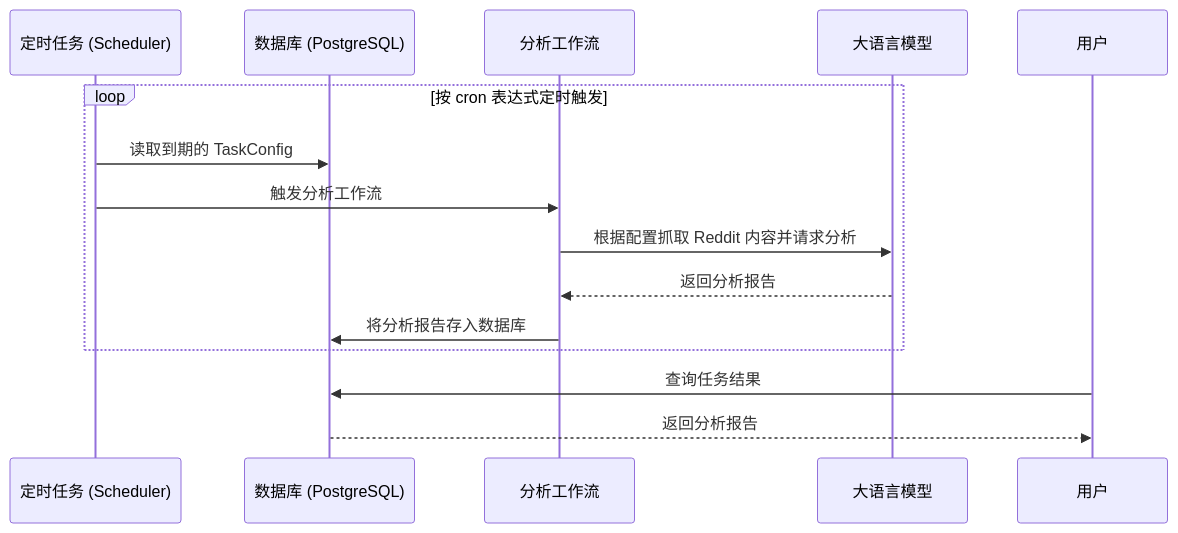
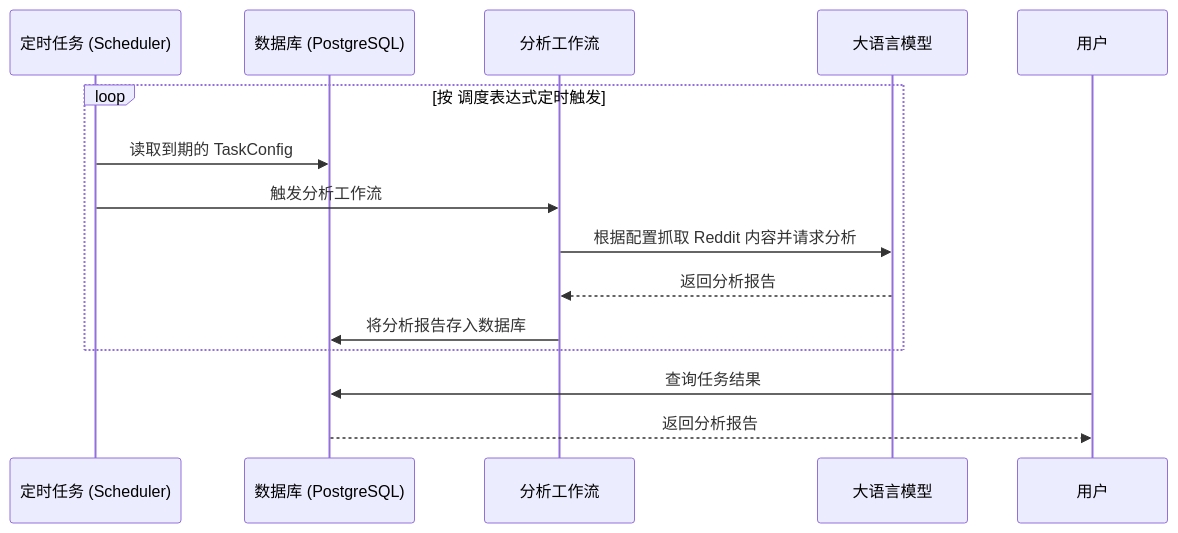
Before and after one commit to JinJieBeWater/redgent: the fourth of 4 diagrams in README.md, drawn with Mermaid. The commit also changed other lines of this file and 43 other files, not shown here.

````diff
--- a/README.md
+++ b/README.md
@@ -170,19 +145,19 @@
 ```mermaid
 sequenceDiagram
     participant SCH as 定时任务 (Scheduler)
     participant DB as 数据库 (PostgreSQL)
     participant WF as 分析工作流
     participant LLM as 大语言模型
     participant U as 用户
 
-    loop 按 cron 表达式定时触发
+    loop 按 调度表达式定时触发
         SCH->>DB: 读取到期的 TaskConfig
         SCH->>WF: 触发分析工作流
         WF->>LLM: 根据配置抓取 Reddit 内容并请求分析
         LLM-->>WF: 返回分析报告
         WF->>DB: 将分析报告存入数据库
     end
 
     U->>DB: 查询任务结果
     DB-->>U: 返回分析报告
 ```
````
